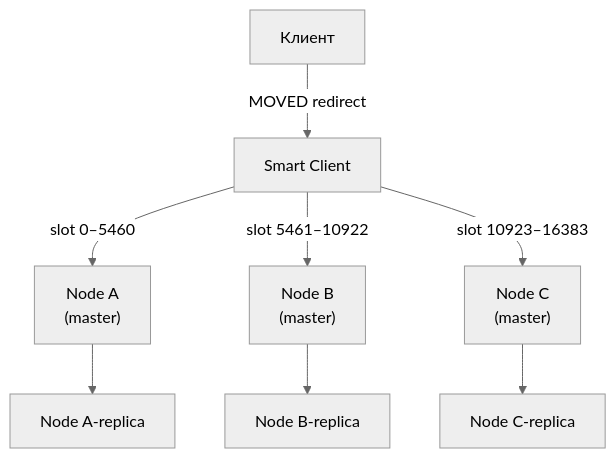
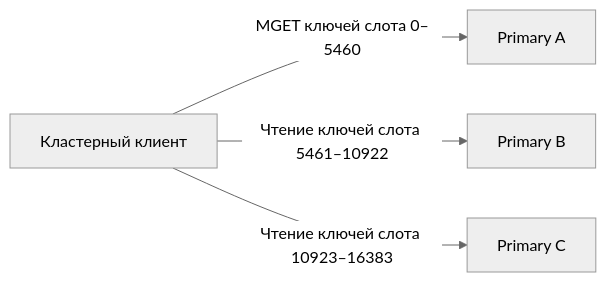
One commit to akeverus/cheat-sheet changed diagram 13 of 14 in cheatsheets/interview/databases/redis-interview.md. Above: the diagram before and after it, drawn with Mermaid (neutral theme). The commit also changed other lines of this file and 154 other files, not shown here.

````diff
--- a/cheatsheets/interview/databases/redis-interview.md
+++ b/cheatsheets/interview/databases/redis-interview.md
@@ -2176,10 +1956,6 @@
 ```mermaid
-graph TD
-    Client["Клиент"] -->|"MOVED redirect"| Router["Smart Client"]
-    Router -->|"slot 0–5460"| A["Node A\n(master)"]
-    Router -->|"slot 5461–10922"| B["Node B\n(master)"]
-    Router -->|"slot 10923–16383"| C["Node C\n(master)"]
-    A --> A1["Node A-replica"]
-    B --> B1["Node B-replica"]
-    C --> C1["Node C-replica"]
+graph LR
+    Client["Кластерный клиент"] -->|"MGET ключей слота 0–5460"| A["Primary A"]
+    Client -->|"Чтение ключей слота 5461–10922"| B["Primary B"]
+    Client -->|"Чтение ключей слота 10923–16383"| C["Primary C"]
 ```
````
